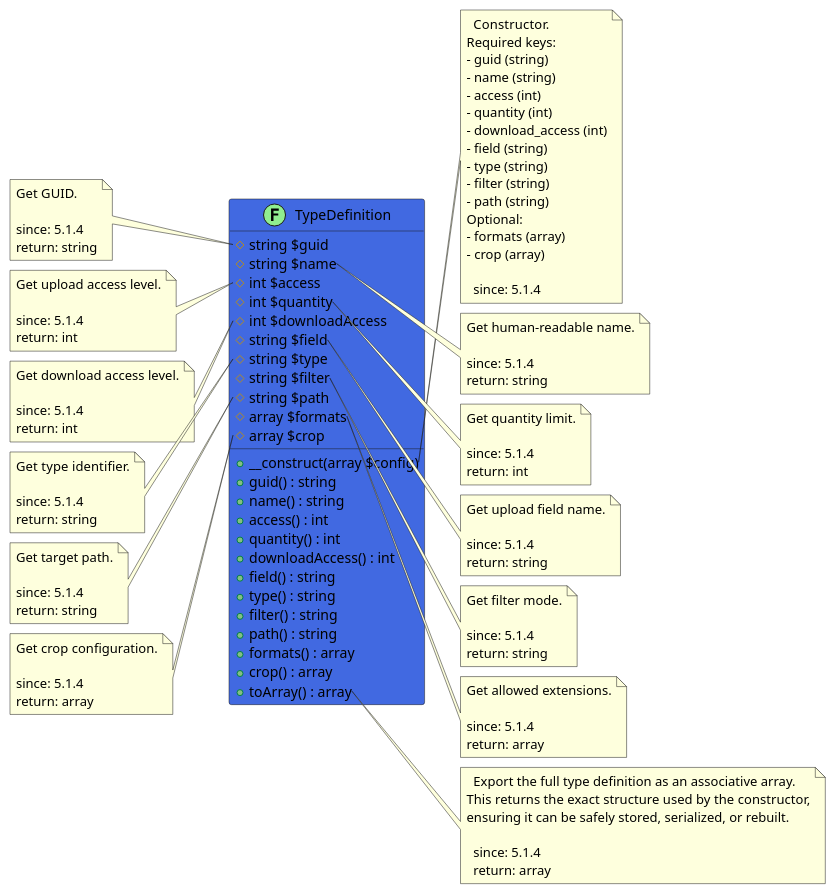
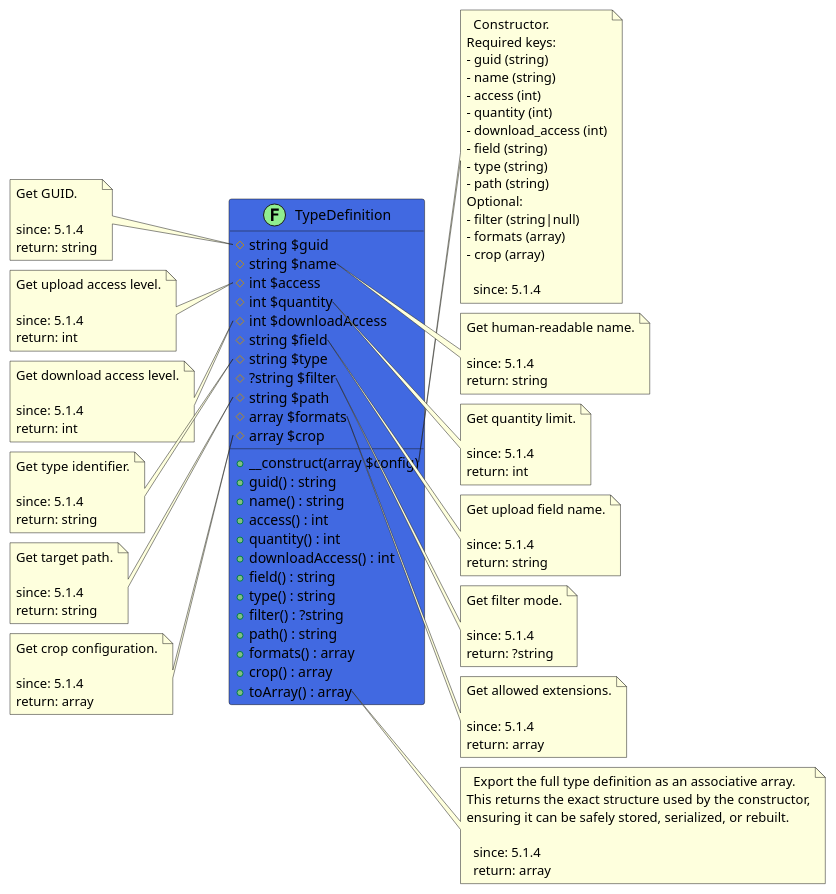
Before and after one commit to joomengine/super-powers: the diagram in src/8e2b3996-11a1-470d-b2be-2405c62ec192/README.md, drawn with PlantUML. The commit also changed 19 other files, not shown here.

```diff
--- a/src/8e2b3996-11a1-470d-b2be-2405c62ec192/README.md
+++ b/src/8e2b3996-11a1-470d-b2be-2405c62ec192/README.md
@@ -13,7 +13,7 @@
   # int $downloadAccess
   # string $field
   # string $type
-  # string $filter
+  # ?string $filter
   # string $path
   # array $formats
   # array $crop
@@ -25,7 +25,7 @@
   + downloadAccess() : int
   + field() : string
   + type() : string
-  + filter() : string
+  + filter() : ?string
   + path() : string
   + formats() : array
   + crop() : array
@@ -42,9 +42,9 @@
 - download_access (int)
 - field (string)
 - type (string)
-- filter (string)
 - path (string)
 Optional:
+- filter (string|null)
 - formats (array)
 - crop (array)
 
@@ -104,7 +104,7 @@
   Get filter mode.
 
   since: 5.1.4
-  return: string
+  return: ?string
 end note
 
 note left of TypeDefinition::path
```
